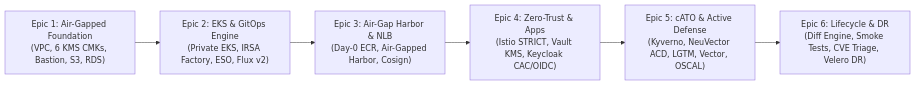
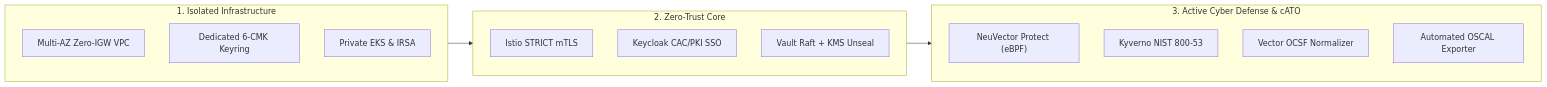
One commit to patryk100/meshdefense changed the diagram in README.md. Above: the diagram before and after it, drawn with Mermaid. The commit also changed other lines of this file, not shown here.

````diff
--- a/README.md
+++ b/README.md
@@ -39,8 +18,23 @@
 ```mermaid
 flowchart LR
-    E1["Epic 1: Air-Gapped Foundation<br/>(VPC, 6 KMS CMKs, Bastion, S3, RDS)"] --> E2["Epic 2: EKS & GitOps Engine<br/>(Private EKS, IRSA Factory, ESO, Flux v2)"]
-    E2 --> E3["Epic 3: Air-Gap Harbor & NLB<br/>(Day-0 ECR, Air-Gapped Harbor, Cosign)"]
-    E3 --> E4["Epic 4: Zero-Trust & Apps<br/>(Istio STRICT, Vault KMS, Keycloak CAC/OIDC)"]
-    E4 --> E5["Epic 5: cATO & Active Defense<br/>(Kyverno, NeuVector ACD, LGTM, Vector, OSCAL)"]
-    E5 --> E6["Epic 6: Lifecycle & DR<br/>(Diff Engine, Smoke Tests, CVE Triage, Velero DR)"]
+    subgraph Foundation["1. Isolated Infrastructure"]
+        VPC["Multi-AZ Zero-IGW VPC"]
+        KMS["Dedicated 6-CMK Keyring"]
+        EKS["Private EKS & IRSA"]
+    end
+
+    subgraph Security["2. Zero-Trust Core"]
+        MESH["Istio STRICT mTLS"]
+        ID["Keycloak CAC/PKI SSO"]
+        SEC["Vault Raft + KMS Unseal"]
+    end
+
+    subgraph Defense["3. Active Cyber Defense & cATO"]
+        ACD["NeuVector Protect (eBPF)"]
+        POL["Kyverno NIST 800-53"]
+        TEL["Vector OCSF Normalizer"]
+        OSCAL["Automated OSCAL Exporter"]
+    end
+
+    Foundation --> Security --> Defense
 ```
````
